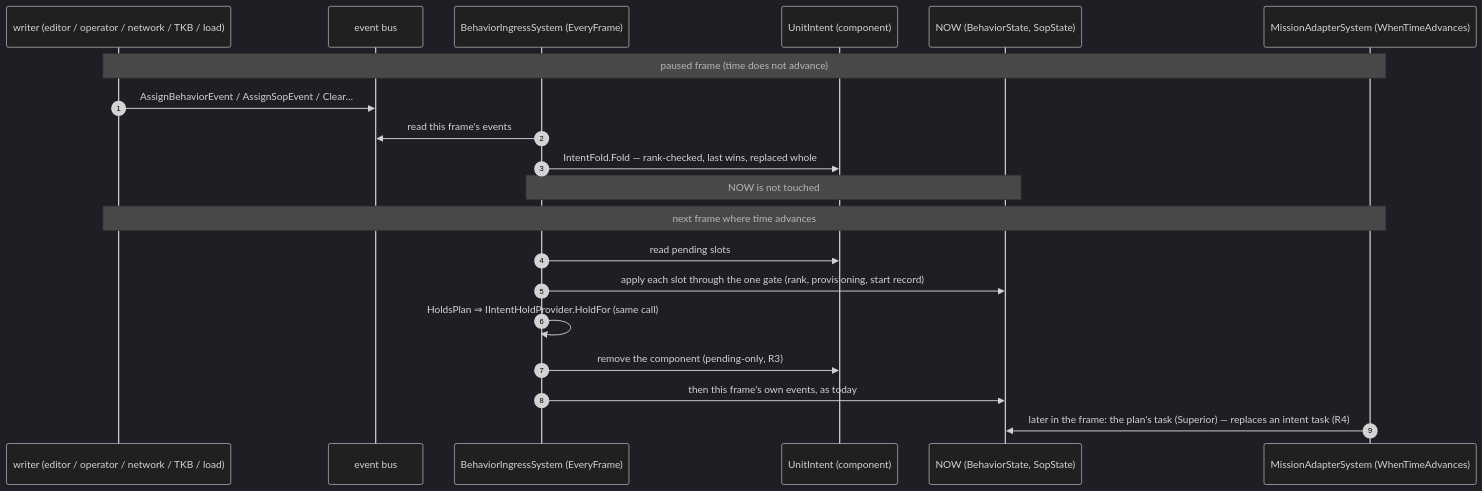
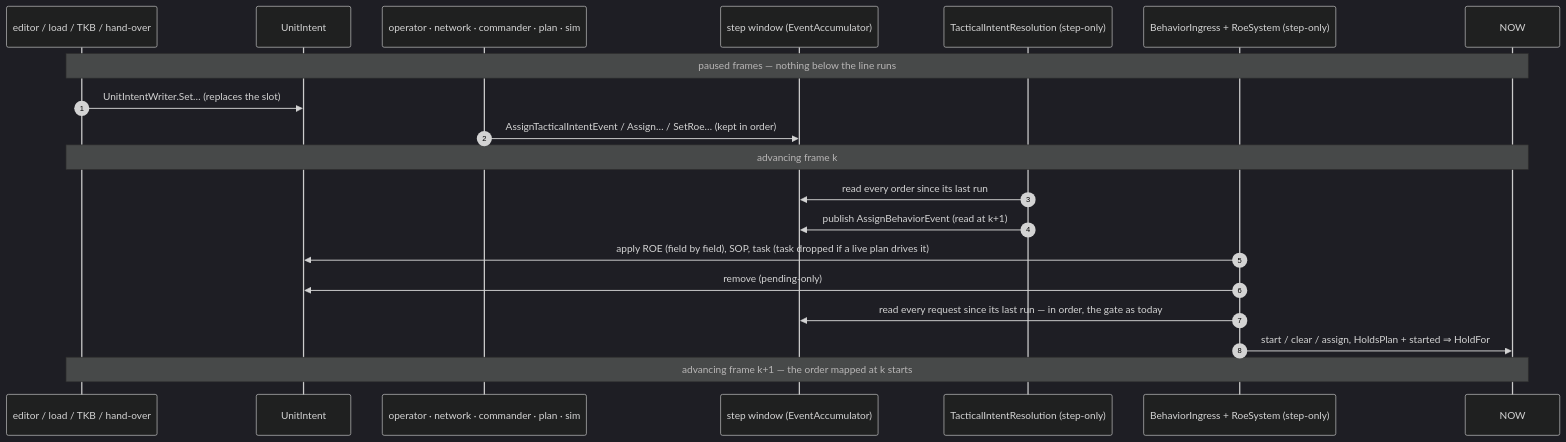
One commit to pjanec/HROT changed the third of 4 diagrams in docs/DESIGN_Unit_Intent.md. Above: the diagram before and after it, drawn with Mermaid (dark theme). The commit also changed other lines of this file and 5 other files, not shown here.

First line of the commit message:
docs(CE-3494): fold the independent review into the unit intent design

````diff
--- a/docs/DESIGN_Unit_Intent.md
+++ b/docs/DESIGN_Unit_Intent.md
@@ -177,22 +187,22 @@
 ```mermaid
 sequenceDiagram
     autonumber
-    participant W as writer (editor / operator / network / TKB / load)
-    participant B as event bus
-    participant I as BehaviorIngressSystem (EveryFrame)
-    participant U as UnitIntent (component)
-    participant N as NOW (BehaviorState, SopState)
-    participant M as MissionAdapterSystem (WhenTimeAdvances)
-    Note over W,M: paused frame (time does not advance)
-    W->>B: AssignBehaviorEvent / AssignSopEvent / Clear…
-    I->>B: read this frame's events
-    I->>U: IntentFold.Fold — rank-checked, last wins, replaced whole
-    Note over I,N: NOW is not touched
-    Note over W,M: next frame where time advances
-    I->>U: read pending slots
-    I->>N: apply each slot through the one gate (rank, provisioning, start record)
-    I->>I: HoldsPlan ⇒ IIntentHoldProvider.HoldFor (same call)
-    I->>U: remove the component (pending-only, R3)
-    I->>N: then this frame's own events, as today
-    M->>N: later in the frame: the plan's task (Superior) — replaces an intent task (R4)
+    participant E as editor / load / TKB / hand-over
+    participant U as UnitIntent
+    participant O as operator · network · commander · plan · sim
+    participant W as step window (EventAccumulator)
+    participant T as TacticalIntentResolution (step-only)
+    participant I as BehaviorIngress + RoeSystem (step-only)
+    participant N as NOW
+    Note over E,N: paused frames — nothing below the line runs
+    E->>U: UnitIntentWriter.Set… (replaces the slot)
+    O->>W: AssignTacticalIntentEvent / Assign… / SetRoe… (kept in order)
+    Note over E,N: advancing frame k
+    T->>W: read every order since its last run
+    T->>W: publish AssignBehaviorEvent (read at k+1)
+    I->>U: apply ROE (field by field), SOP, task (task dropped if a live plan drives it)
+    I->>U: remove (pending-only)
+    I->>W: read every request since its last run — in order, the gate as today
+    I->>N: start / clear / assign, HoldsPlan + started ⇒ HoldFor
+    Note over E,N: advancing frame k+1 — the order mapped at k starts
 ```
````
